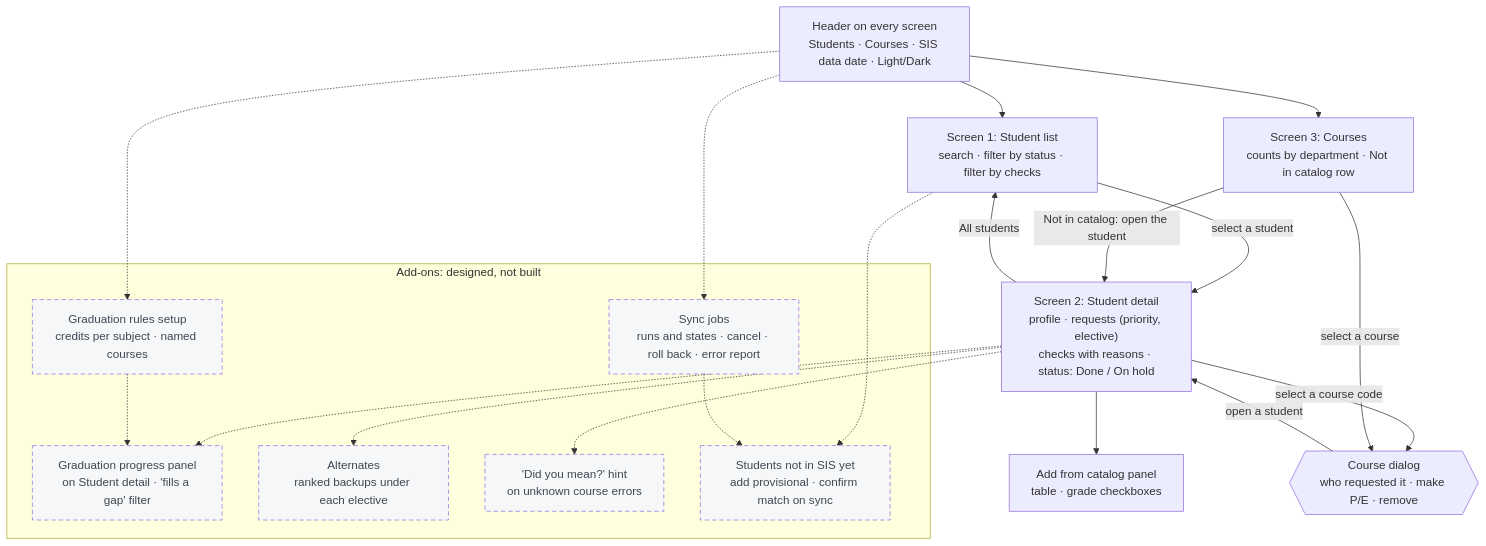
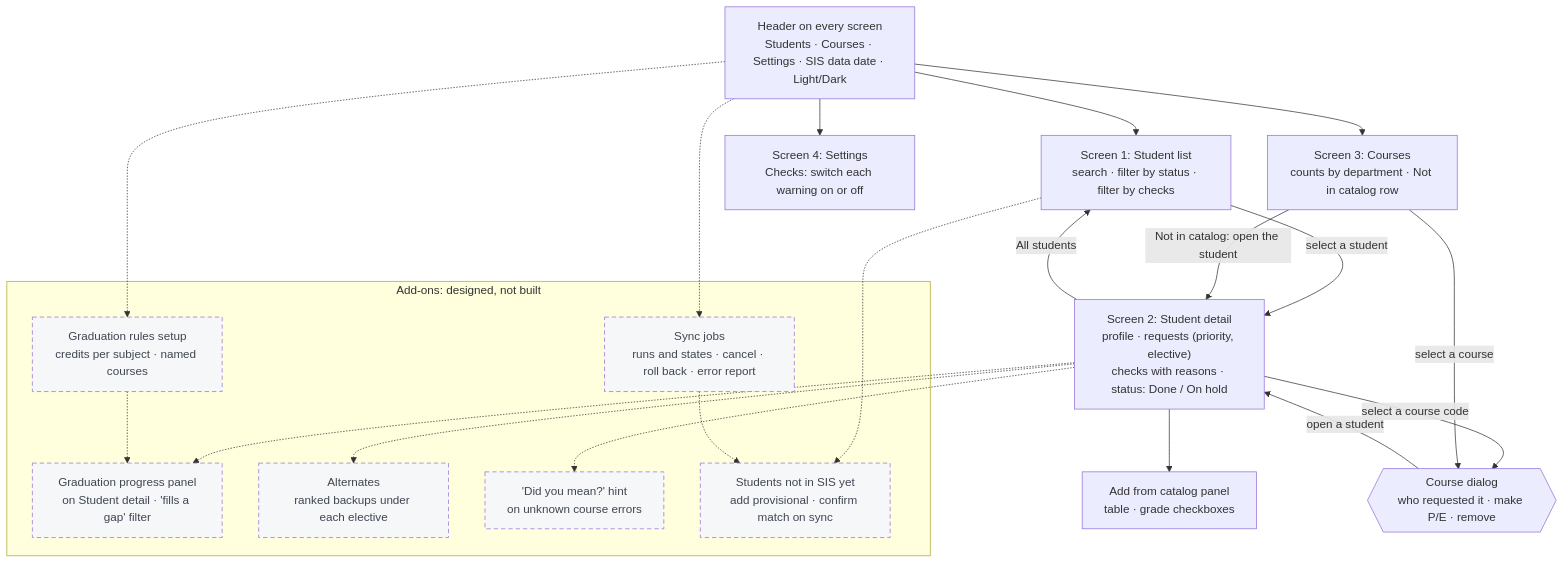
The diagram in docs/design/site-map.md (stephenmayer/CourseManager), drawn with Mermaid before and after one commit. The commit also changed other lines of this file and 28 other files, not shown here.

First line of the commit message:
1.12 Settings screen: switch each warning check on or off (#32)

````diff
--- a/docs/design/site-map.md
+++ b/docs/design/site-map.md
@@ -15,37 +15,38 @@
 ```mermaid
 flowchart TD
-    H["Header on every screen<br/>Students · Courses · SIS data date · Light/Dark"]
+    H["Header on every screen<br/>Students · Courses · Settings · SIS data date · Light/Dark"]
 
     H --> SL["Screen 1: Student list<br/>search · filter by status · filter by checks"]
     H --> CO["Screen 3: Courses<br/>counts by department · Not in catalog row"]
+    H --> ST["Screen 4: Settings<br/>Checks: switch each warning on or off"]
 
     SL -- "select a student" --> SD["Screen 2: Student detail<br/>profile · requests (priority, elective)<br/>checks with reasons · status: Done / On hold"]
     SD -- "All students" --> SL
 
     SD --> CAT["Add from catalog panel<br/>table · grade checkboxes"]
     SD -- "select a course code" --> CD{{"Course dialog<br/>who requested it · make P/E · remove"}}
     CO -- "select a course" --> CD
     CD -- "open a student" --> SD
     CO -- "Not in catalog: open the student" --> SD
 
     subgraph addons["Add-ons: designed, not built"]
         JOBS["Sync jobs<br/>runs and states · cancel · roll back · error report"]
         RULES["Graduation rules setup<br/>credits per subject · named courses"]
         GP["Graduation progress panel<br/>on Student detail · 'fills a gap' filter"]
         ALT["Alternates<br/>ranked backups under each elective"]
         DYM["'Did you mean?' hint<br/>on unknown course errors"]
         PROV["Students not in SIS yet<br/>add provisional · confirm match on sync"]
     end
 
     H -.-> JOBS
     H -.-> RULES
     SD -.-> GP
     SD -.-> ALT
     SD -.-> DYM
     RULES -.-> GP
     SL -.-> PROV
     JOBS -.-> PROV
 
     classDef addon stroke-dasharray: 6 4,fill:#F6F7F9,color:#3F4652;
     class JOBS,RULES,GP,ALT,DYM,PROV addon;
 ```
````
